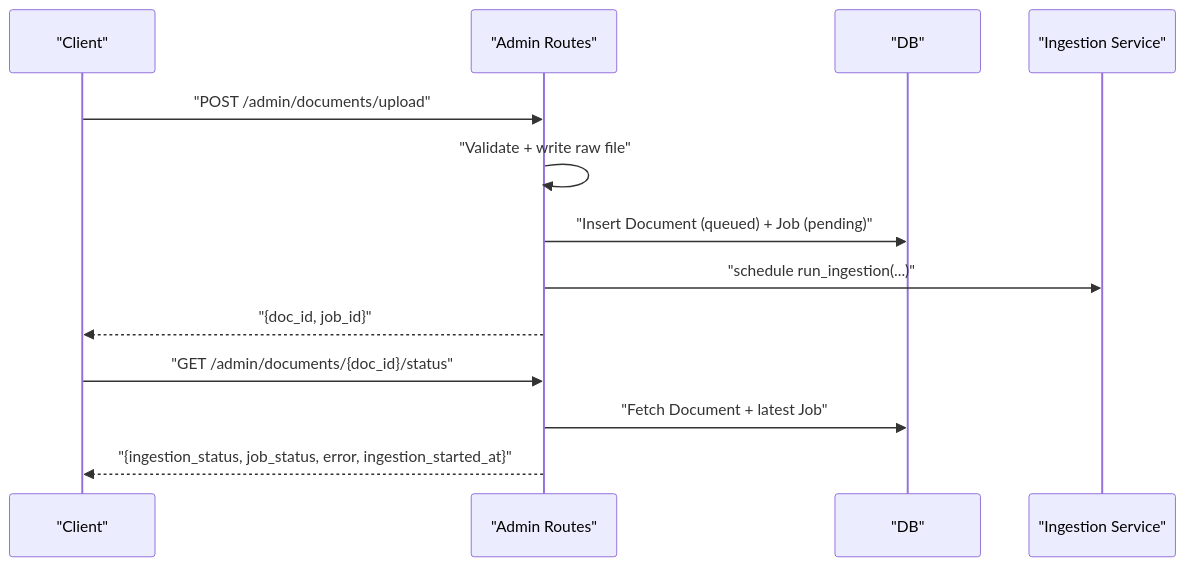
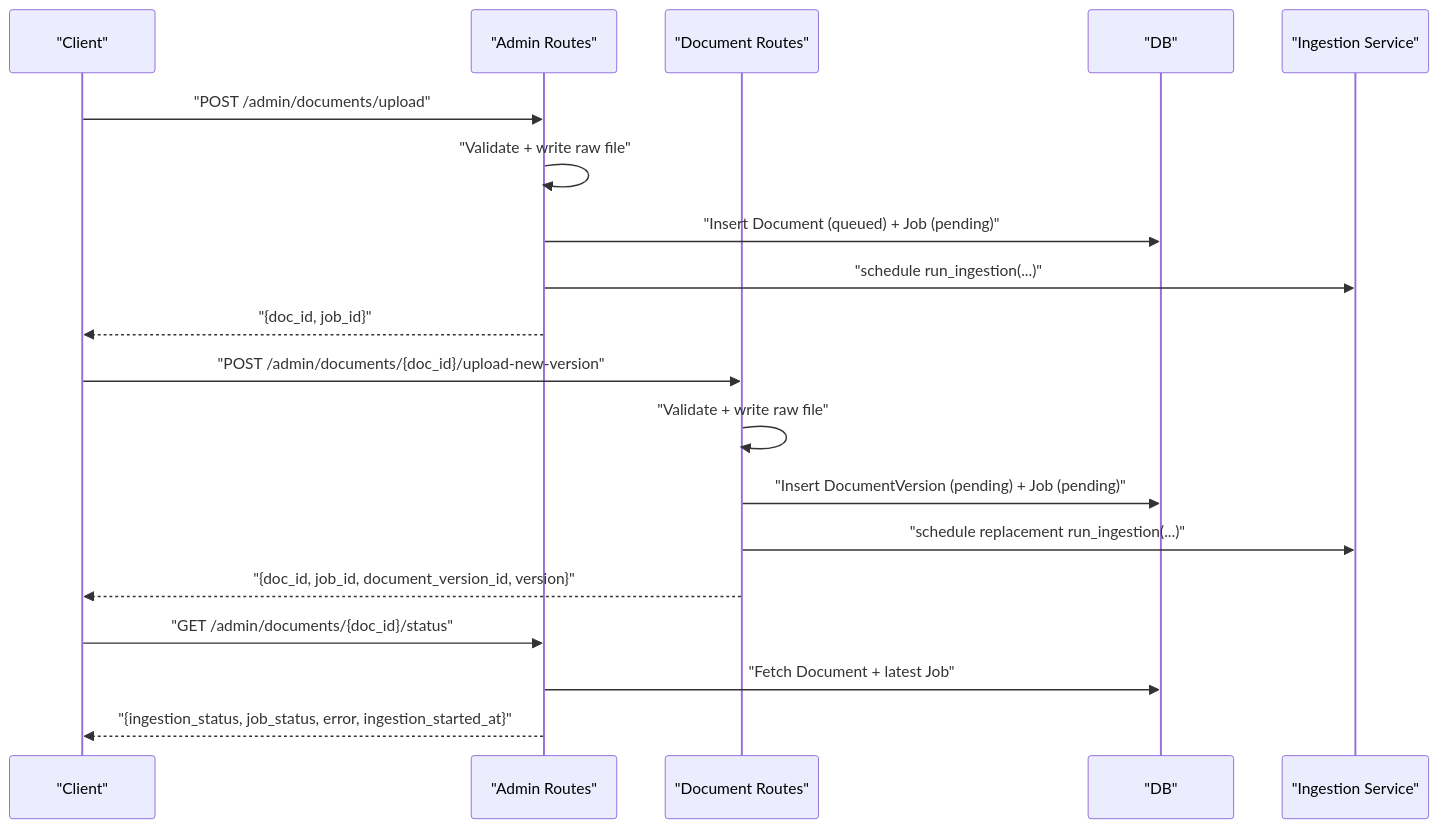
Before and after one commit to genes8/private-ai: the tenth of 12 diagrams in .qoder/repowiki/en/content/Document Processing System/Document Processing System.md, drawn with Mermaid. The commit also changed other lines of this file and 7 other files, not shown here.

````diff
--- a/.qoder/repowiki/en/content/Document Processing System/Document Processing System.md
+++ b/.qoder/repowiki/en/content/Document Processing System/Document Processing System.md
@@ -498,15 +553,21 @@
 ```mermaid
 sequenceDiagram
 participant Client as "Client"
 participant API as "Admin Routes"
+participant DocAPI as "Document Routes"
 participant DB as "DB"
 participant IS as "Ingestion Service"
 Client->>API : "POST /admin/documents/upload"
 API->>API : "Validate + write raw file"
 API->>DB : "Insert Document (queued) + Job (pending)"
 API->>IS : "schedule run_ingestion(...)"
 API-->>Client : "{doc_id, job_id}"
+Client->>DocAPI : "POST /admin/documents/{doc_id}/upload-new-version"
+DocAPI->>DocAPI : "Validate + write raw file"
+DocAPI->>DB : "Insert DocumentVersion (pending) + Job (pending)"
+DocAPI->>IS : "schedule replacement run_ingestion(...)"
+DocAPI-->>Client : "{doc_id, job_id, document_version_id, version}"
 Client->>API : "GET /admin/documents/{doc_id}/status"
 API->>DB : "Fetch Document + latest Job"
 API-->>Client : "{ingestion_status, job_status, error, ingestion_started_at}"
 ```
````
